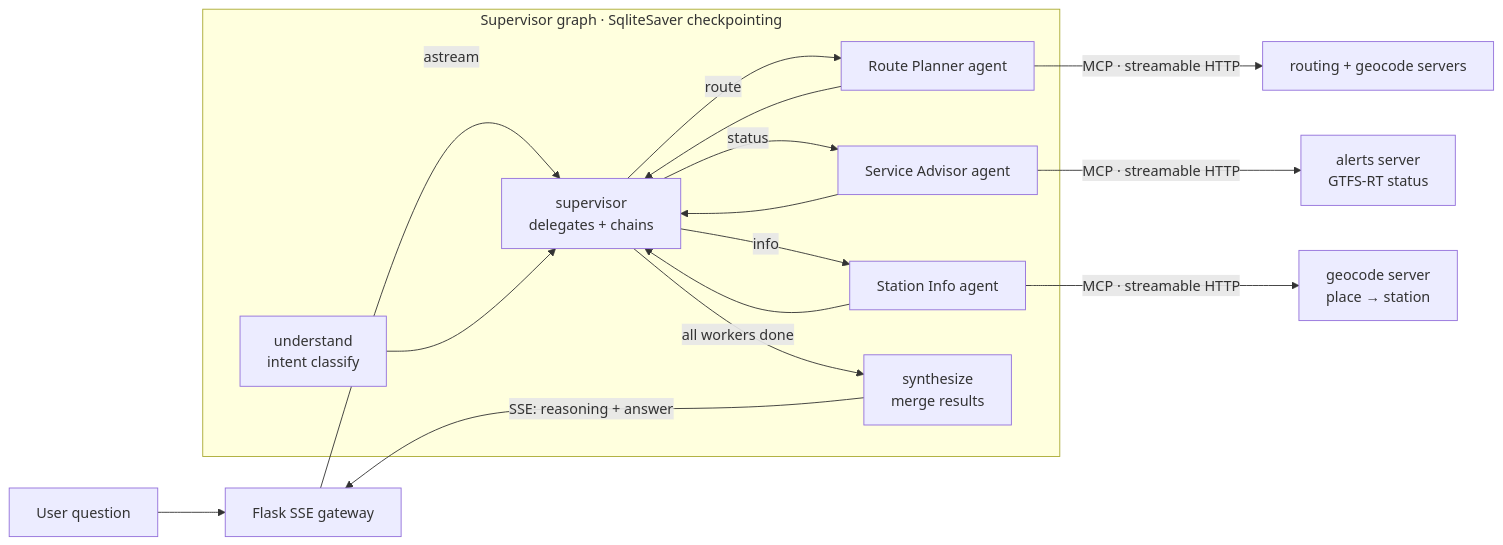
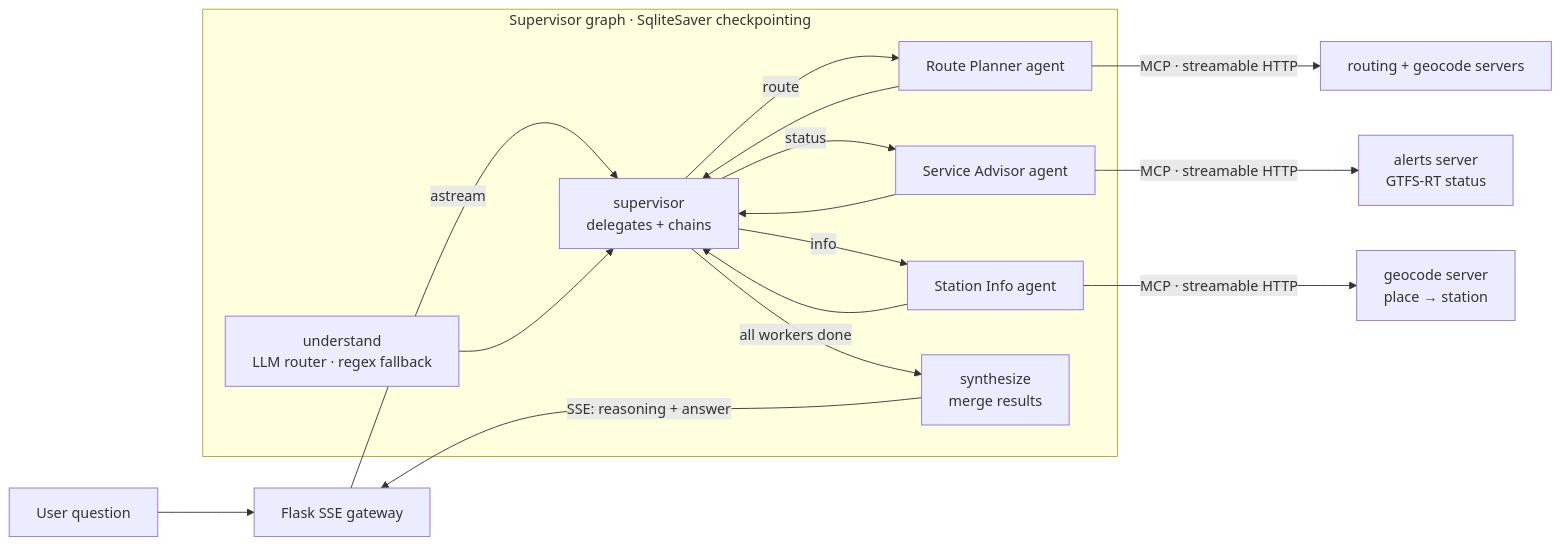
Before and after one commit to harshit-ojha0324/smart-city-navigator: the diagram in README.md, drawn with Mermaid. The commit also changed other lines of this file and 37 other files, not shown here.

````diff
--- a/README.md
+++ b/README.md
@@ -29,22 +30,22 @@
 ```mermaid
 flowchart LR
     U[User question] --> GW[Flask SSE gateway]
     GW -->|astream| SUP
 
     subgraph G[Supervisor graph · SqliteSaver checkpointing]
-      UN[understand<br/>intent classify] --> SUP[supervisor<br/>delegates + chains]
+      UN["understand<br/>LLM router · regex fallback"] --> SUP[supervisor<br/>delegates + chains]
       SUP -->|route| RP[Route Planner agent]
       SUP -->|status| SA[Service Advisor agent]
       SUP -->|info| SI[Station Info agent]
       RP --> SUP
       SA --> SUP
       SI --> SUP
       SUP -->|all workers done| SY[synthesize<br/>merge results]
     end
 
     RP -->|MCP · streamable HTTP| R[routing + geocode servers]
     SA -->|MCP · streamable HTTP| A[alerts server<br/>GTFS-RT status]
     SI -->|MCP · streamable HTTP| C[geocode server<br/>place → station]
 
     SY -->|SSE: reasoning + answer| GW
 ```
````
